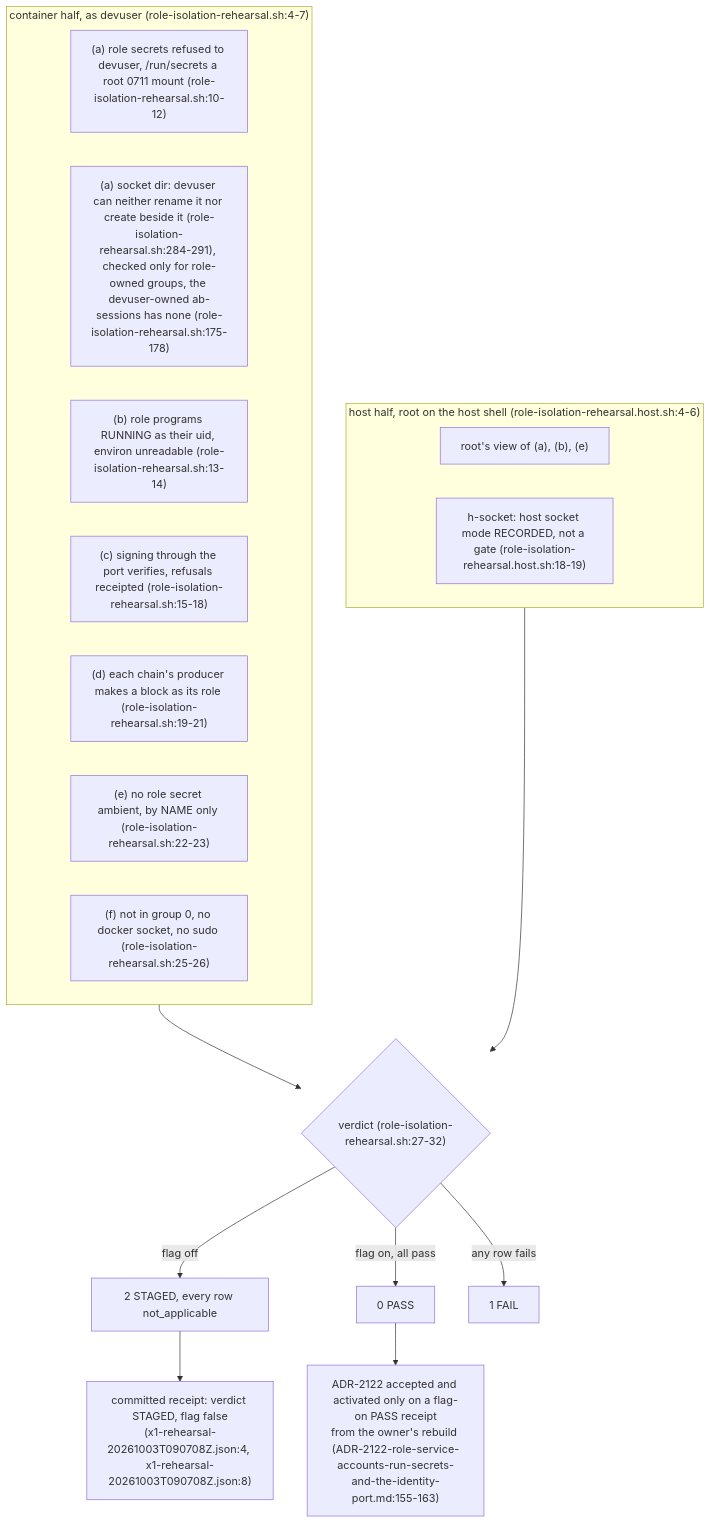
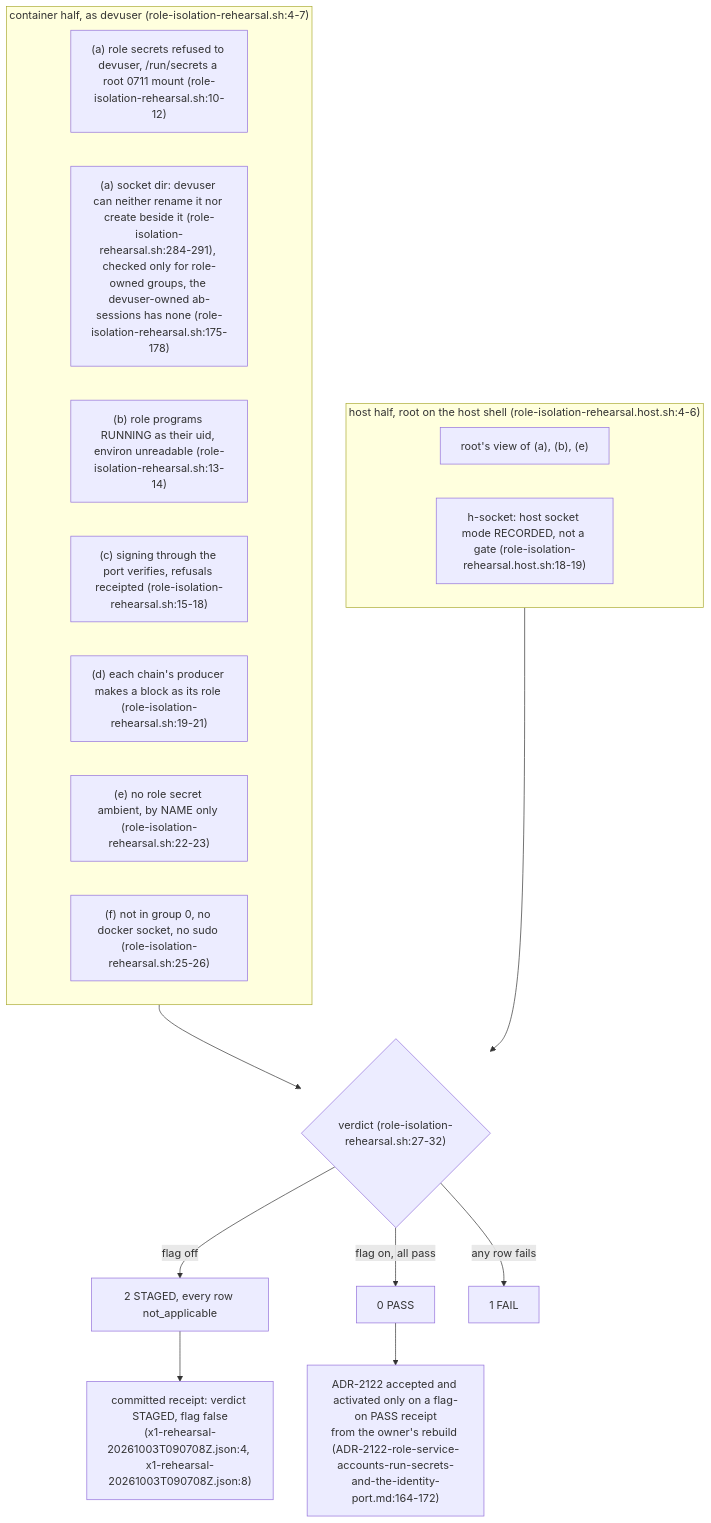
Before and after one commit to DreamLab-AI/VisionFlow: the seventh of 7 diagrams in docs/diagrams/agentbox/36-role-isolation-and-identity-port.md, drawn with Mermaid. The commit also changed other lines of this file and 173 other files, not shown here.

````diff
--- a/docs/diagrams/agentbox/36-role-isolation-and-identity-port.md
+++ b/docs/diagrams/agentbox/36-role-isolation-and-identity-port.md
@@ -237,24 +238,24 @@
 ```mermaid
 flowchart TB
     subgraph IN["container half, as devuser (role-isolation-rehearsal.sh:4-7)"]
         A["(a) role secrets refused to devuser, /run/secrets a root 0711 mount (role-isolation-rehearsal.sh:10-12)"]
         A2["(a) socket dir: devuser can neither rename it nor create beside it (role-isolation-rehearsal.sh:284-291), checked only for role-owned groups, the devuser-owned ab-sessions has none (role-isolation-rehearsal.sh:175-178)"]
         B["(b) role programs RUNNING as their uid, environ unreadable (role-isolation-rehearsal.sh:13-14)"]
         C["(c) signing through the port verifies, refusals receipted (role-isolation-rehearsal.sh:15-18)"]
         D["(d) each chain's producer makes a block as its role (role-isolation-rehearsal.sh:19-21)"]
         E["(e) no role secret ambient, by NAME only (role-isolation-rehearsal.sh:22-23)"]
         F["(f) not in group 0, no docker socket, no sudo (role-isolation-rehearsal.sh:25-26)"]
     end
     subgraph HOST["host half, root on the host shell (role-isolation-rehearsal.host.sh:4-6)"]
         H1["root's view of (a), (b), (e)"]
         H2["h-socket: host socket mode RECORDED, not a gate (role-isolation-rehearsal.host.sh:18-19)"]
     end
     V{"verdict (role-isolation-rehearsal.sh:27-32)"}
     IN --> V
     HOST --> V
     V -->|"flag off"| ST["2 STAGED, every row not_applicable"]
     V -->|"flag on, all pass"| PA["0 PASS"]
     V -->|"any row fails"| FA["1 FAIL"]
     ST --> REC["committed receipt: verdict STAGED, flag false<br/>(x1-rehearsal-20261003T090708Z.json:4, x1-rehearsal-20261003T090708Z.json:8)"]
-    PA --> ACC["ADR-2122 accepted and activated only on a flag-on PASS receipt<br/>from the owner's rebuild (ADR-2122-role-service-accounts-run-secrets-and-the-identity-port.md:155-163)"]
+    PA --> ACC["ADR-2122 accepted and activated only on a flag-on PASS receipt<br/>from the owner's rebuild (ADR-2122-role-service-accounts-run-secrets-and-the-identity-port.md:164-172)"]
 ```
````
